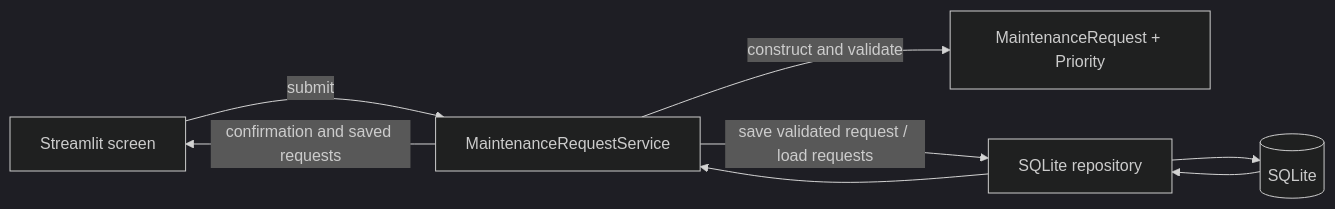
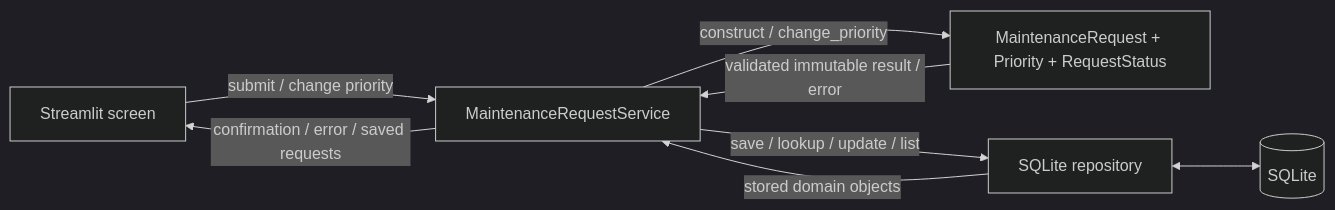
One commit to JaiKaushik03/cen5064-project-Jai changed the diagram in README.md. Above: the diagram before and after it, drawn with Mermaid (dark theme). The commit also changed other lines of this file and 8 other files, not shown here.

Commit message:
feat: add domain-validated maintenance priority updates

````diff
--- a/README.md
+++ b/README.md
@@ -54,10 +70,10 @@
 ```mermaid
 flowchart LR
-    UI[Streamlit screen] -->|submit| S[MaintenanceRequestService]
-    S -->|construct and validate| D[MaintenanceRequest + Priority]
-    S -->|save validated request / load requests| R[SQLite repository]
-    R --> DB[(SQLite)]
-    DB --> R
-    R --> S
-    S -->|confirmation and saved requests| UI
+    UI[Streamlit screen] -->|submit / change priority| S[MaintenanceRequestService]
+    S -->|construct / change_priority| D[MaintenanceRequest + Priority + RequestStatus]
+    D -->|validated immutable result / error| S
+    S -->|save / lookup / update / list| R[SQLite repository]
+    R <--> DB[(SQLite)]
+    R -->|stored domain objects| S
+    S -->|confirmation / error / saved requests| UI
 ```
````
